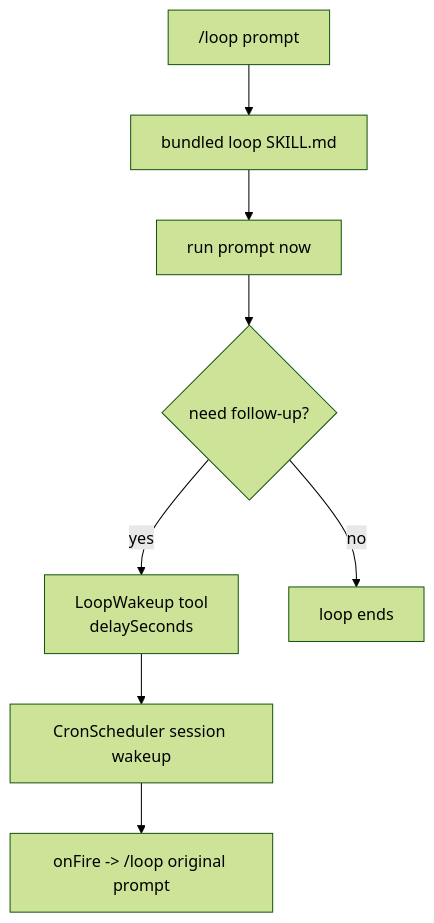
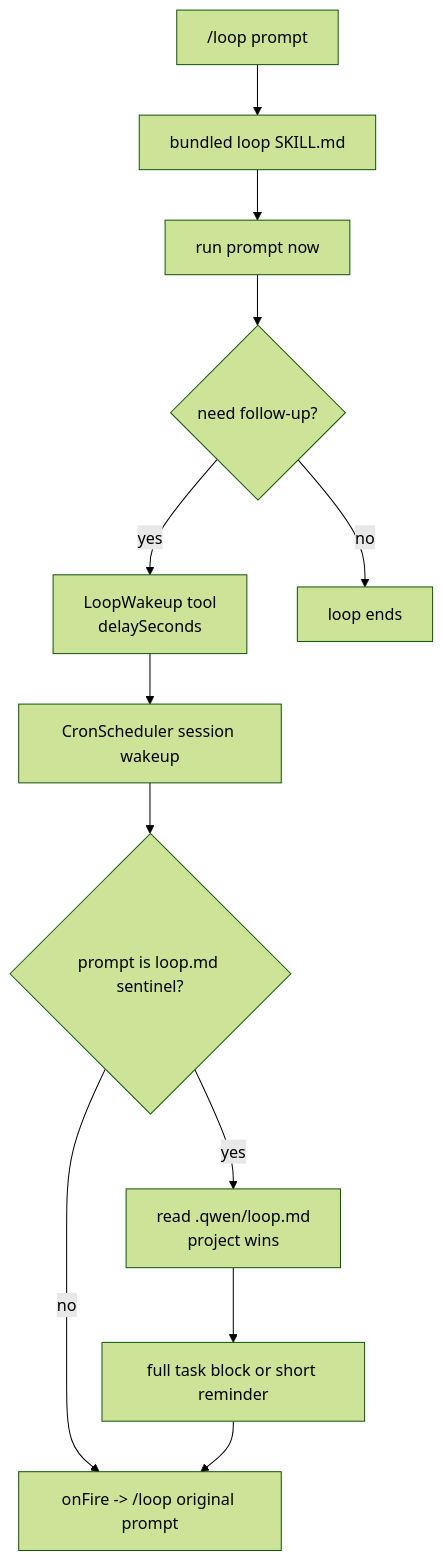
The diagram in qwen-code/feature/loop-wakeup.md (doudouOUC/code_agent), drawn with Mermaid (forest theme) before and after one commit. The commit also changed other lines of this file and 14 other files, not shown here.

````diff
--- a/qwen-code/feature/loop-wakeup.md
+++ b/qwen-code/feature/loop-wakeup.md
@@ -26,10 +28,14 @@
 ```mermaid
 flowchart TB
   CMD["/loop prompt"] --> SKILL["bundled loop SKILL.md"]
   SKILL --> RUN["run prompt now"]
   RUN --> DECIDE{"need follow-up?"}
   DECIDE -->|yes| WAKE["LoopWakeup tool<br/>delaySeconds"]
   DECIDE -->|no| END["loop ends"]
   WAKE --> SCHED["CronScheduler session wakeup"]
-  SCHED --> FIRE["onFire -> /loop original prompt"]
+  SCHED --> RESOLVE{"prompt is loop.md sentinel?"}
+  RESOLVE -->|yes| FILE["read .qwen/loop.md<br/>project wins"]
+  FILE --> INJECT["full task block or short reminder"]
+  RESOLVE -->|no| FIRE["onFire -> /loop original prompt"]
+  INJECT --> FIRE
 ```
````
